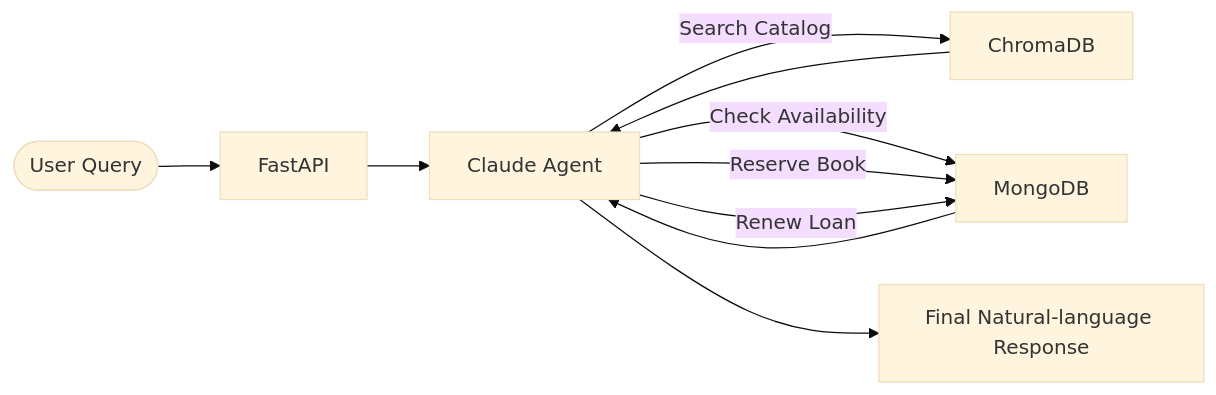
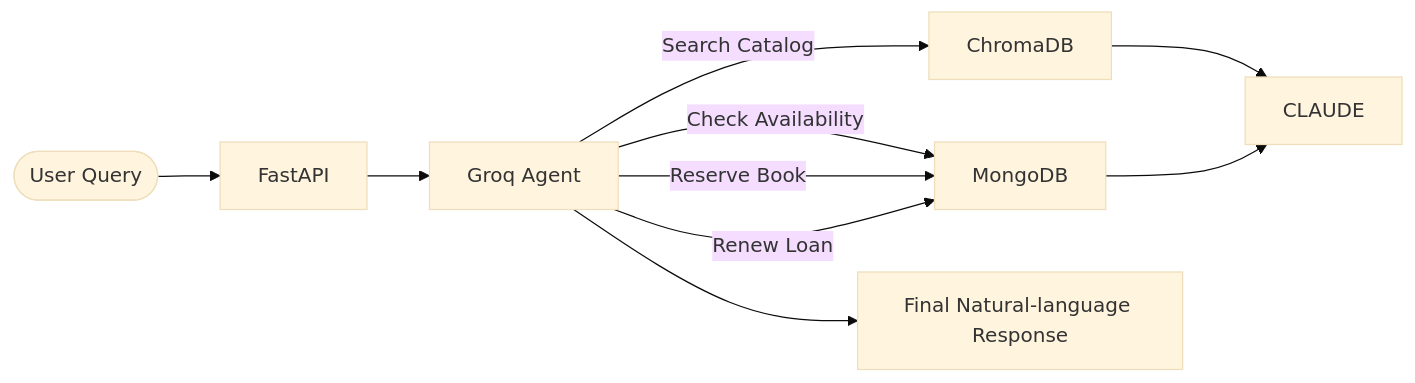
The second of 2 diagrams in README.md (mandrita16/agentic-library-assistant), drawn with Mermaid (base theme) before and after one commit. The commit also changed other lines of this file, not shown here.

````diff
--- a/README.md
+++ b/README.md
@@ -145,12 +167,12 @@
 ```mermaid
 flowchart LR
   UQ([User Query]) --> API[FastAPI]
-  API --> CLAUDE[Claude Agent]
-  CLAUDE -->|Search Catalog| CHROMA[ChromaDB]
-  CLAUDE -->|Check Availability| MONGO[MongoDB]
-  CLAUDE -->|Reserve Book| MONGO
-  CLAUDE -->|Renew Loan| MONGO
+  API --> GROQ[Groq Agent]
+  GROQ -->|Search Catalog| CHROMA[ChromaDB]
+  GROQ -->|Check Availability| MONGO[MongoDB]
+  GROQ -->|Reserve Book| MONGO
+  GROQ -->|Renew Loan| MONGO
   CHROMA --> CLAUDE
   MONGO --> CLAUDE
-  CLAUDE --> RESP[Final Natural-language Response]
+  GROQ --> RESP[Final Natural-language Response]
 ```
````
